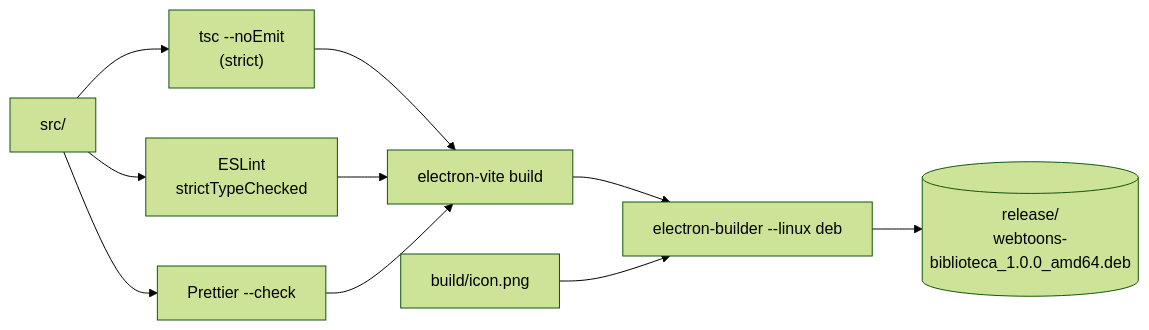
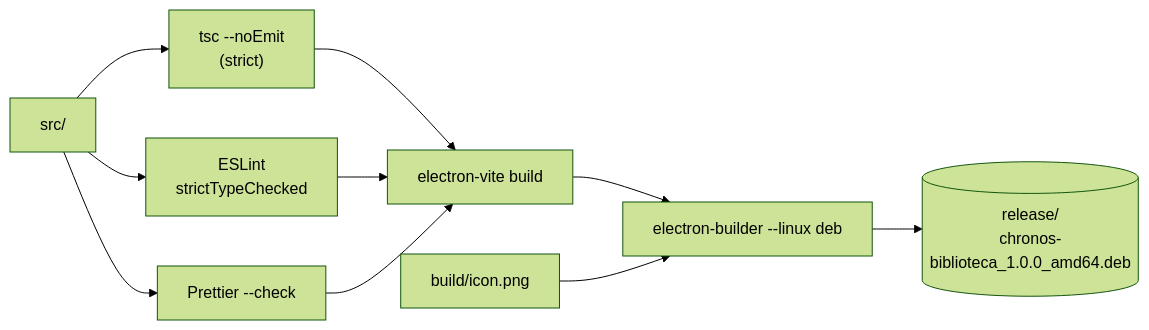
The fourth of 5 diagrams in README.md (chronos-atalante/chronos-biblioteca), drawn with Mermaid (forest theme) before and after one commit. The commit also changed other lines of this file and 19 other files, not shown here.

````diff
--- a/README.md
+++ b/README.md
@@ -289,12 +289,12 @@
 ```mermaid
 flowchart LR
     SRC["src/"] --> TSC["tsc --noEmit<br/>(strict)"]
     SRC --> ESL["ESLint<br/>strictTypeChecked"]
     SRC --> PRT["Prettier --check"]
     TSC --> VITE["electron-vite build"]
     ESL --> VITE
     PRT --> VITE
     VITE --> EB["electron-builder --linux deb"]
     ICON["build/icon.png"] --> EB
-    EB --> DEB[("release/<br/>webtoons-biblioteca_1.0.0_amd64.deb")]
+    EB --> DEB[("release/<br/>chronos-biblioteca_1.0.0_amd64.deb")]
 ```
````
